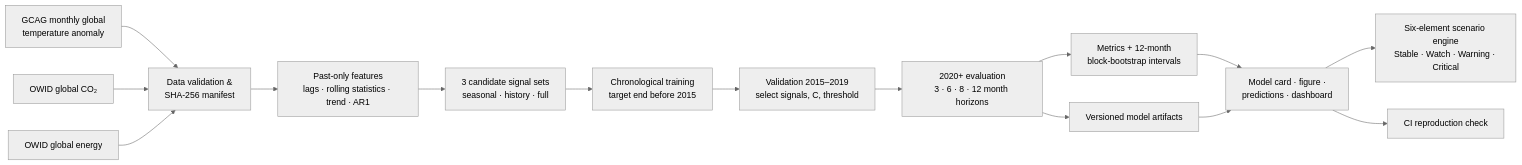
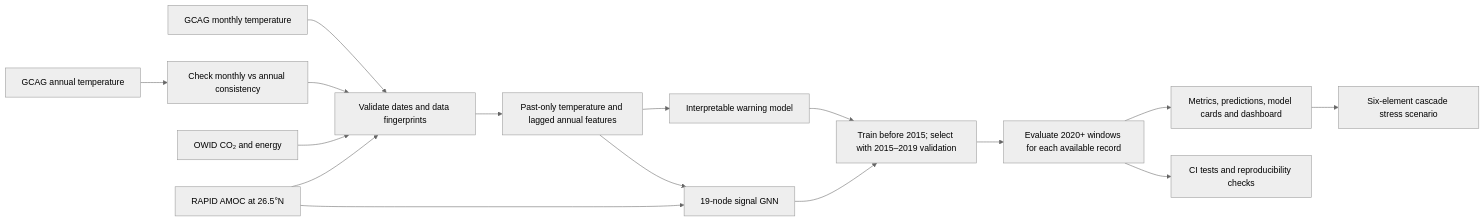
One commit to haarikaalla/CascadeEWS changed the diagram in README.md. Above: the diagram before and after it, drawn with Mermaid (neutral theme). The commit also changed other lines of this file and 3 other files, not shown here.

Commit message:
Clarify CascadeEWS architecture and evaluation limits

````diff
--- a/README.md
+++ b/README.md
@@ -103,17 +110,18 @@
 ```mermaid
 flowchart LR
-    A[GCAG monthly global<br/>temperature anomaly] --> D[Data validation &<br/>SHA-256 manifest]
-    B[OWID global CO₂] --> D
-    C[OWID global energy] --> D
-    D --> E[Past-only features<br/>lags · rolling statistics · trend · AR1]
-    E --> F[3 candidate signal sets<br/>seasonal · history · full]
-    F --> G[Chronological training<br/>target end before 2015]
-    G --> H[Validation 2015–2019<br/>select signals, C, threshold]
-    H --> I[2020+ evaluation<br/>3 · 6 · 8 · 12 month horizons]
-    I --> J[Metrics + 12-month<br/>block-bootstrap intervals]
-    I --> K[Versioned model artifacts]
-    J --> L[Model card · figure ·<br/>predictions · dashboard]
-    K --> L
-    L --> N[Six-element scenario engine<br/>Stable · Watch · Warning · Critical]
-    L --> M[CI reproduction check]
+    A[GCAG monthly temperature] --> V[Validate dates and data fingerprints]
+    B[GCAG annual temperature] --> Q[Check monthly vs annual consistency]
+    Q --> V
+    C[OWID CO₂ and energy] --> V
+    D[RAPID AMOC at 26.5°N] --> V
+    V --> F[Past-only temperature and lagged annual features]
+    F --> G[Interpretable warning model]
+    F --> H[19-node signal GNN]
+    D --> H
+    G --> I[Train before 2015; select with 2015–2019 validation]
+    H --> I
+    I --> J[Evaluate 2020+ windows for each available record]
+    J --> K[Metrics, predictions, model cards and dashboard]
+    K --> S[Six-element cascade stress scenario]
+    J --> R[CI tests and reproducibility checks]
 ```
````
